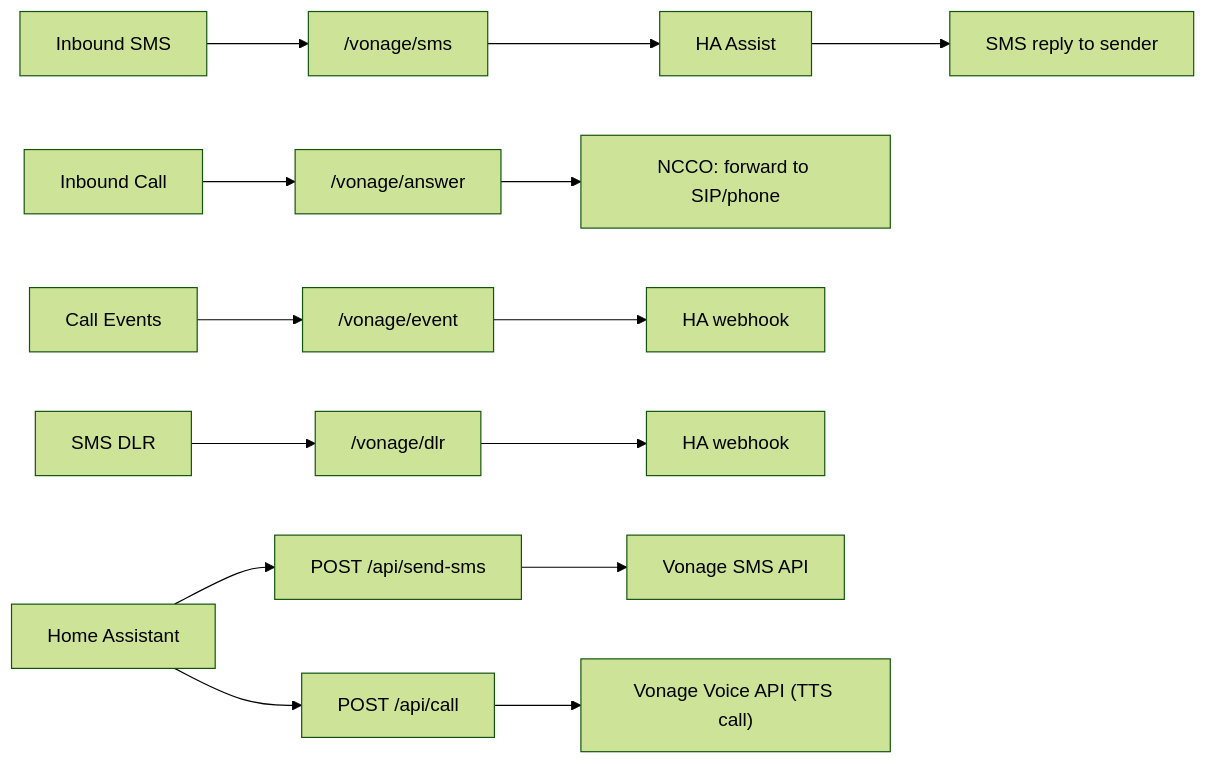
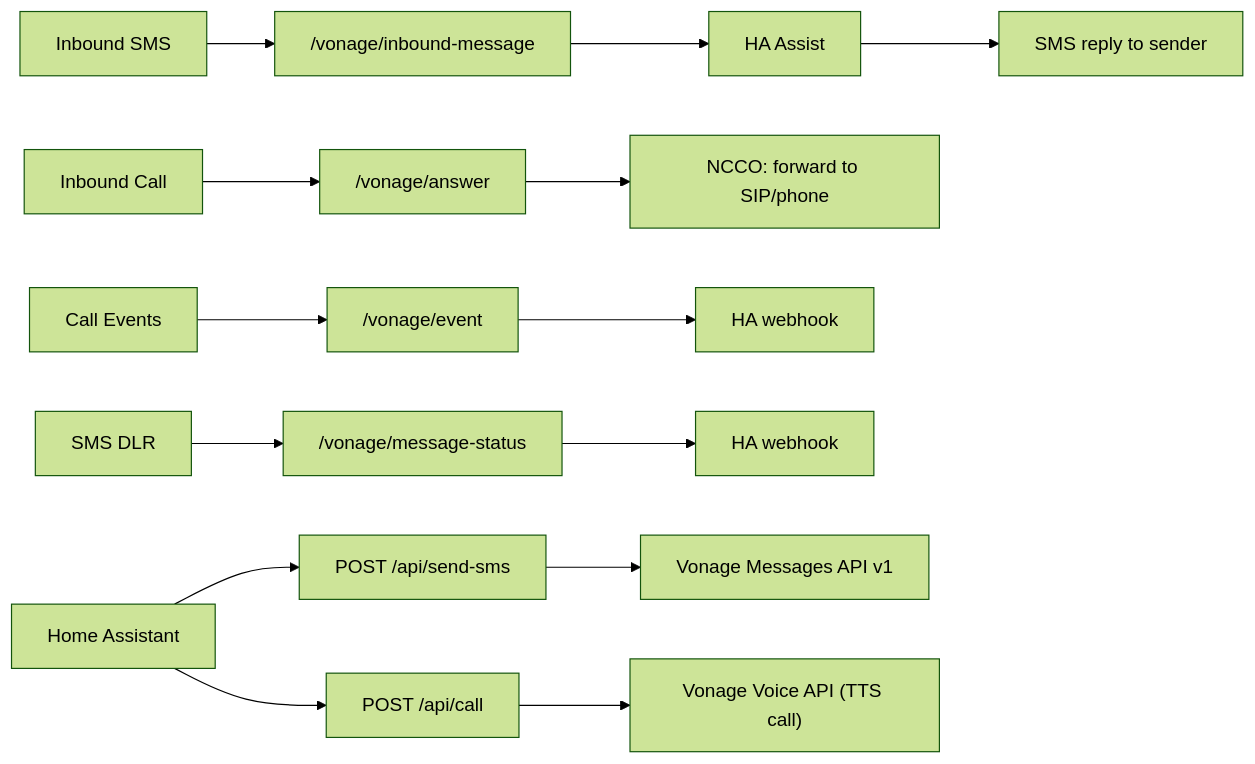
One commit to ebertek/vonage-ha-bridge changed the diagram in README.md. Above: the diagram before and after it, drawn with Mermaid (forest theme). The commit also changed other lines of this file, not shown here.

Commit message:
Document Messages API v1 migration and dashboard setup

````diff
--- a/README.md
+++ b/README.md
@@ -30,21 +30,21 @@
 ```mermaid
 flowchart LR
-    SMS["Inbound SMS"] --> SMS_EP["/vonage/sms"]
+    SMS["Inbound SMS"] --> SMS_EP["/vonage/inbound-message"]
     SMS_EP --> HA["HA Assist"]
     HA --> SMS_REPLY["SMS reply to sender"]
 
     CALL["Inbound Call"] --> ANSWER_EP["/vonage/answer"]
     ANSWER_EP --> NCCO["NCCO: forward to SIP/phone"]
 
     EVENTS["Call Events"] --> EVENT_EP["/vonage/event"]
     EVENT_EP --> HA_WEBHOOK1["HA webhook"]
 
-    DLR["SMS DLR"] --> DLR_EP["/vonage/dlr"]
+    DLR["SMS DLR"] --> DLR_EP["/vonage/message-status"]
     DLR_EP --> HA_WEBHOOK2["HA webhook"]
 
     HA_OUT["Home Assistant"] --> SEND_SMS["POST /api/send-sms"]
-    SEND_SMS --> VONAGE_SMS["Vonage SMS API"]
+    SEND_SMS --> VONAGE_SMS["Vonage Messages API v1"]
 
     HA_OUT --> CALL_API["POST /api/call"]
     CALL_API --> VONAGE_VOICE["Vonage Voice API (TTS call)"]
 ```
````
